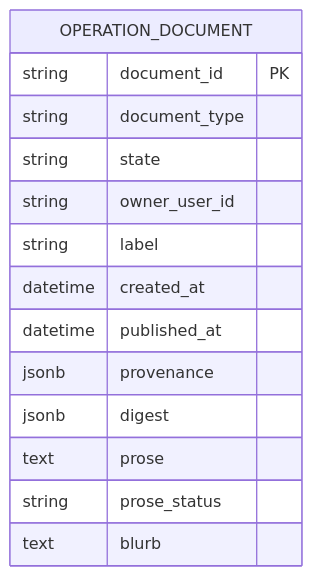
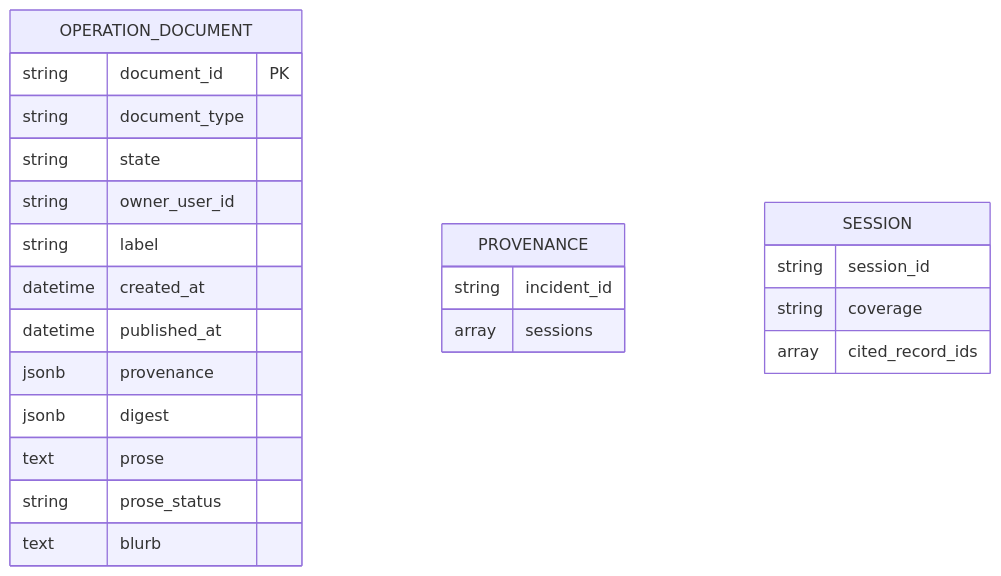
One commit to metasync/luban-aiops changed the ninth of 10 diagrams in .qoder/repowiki/en/content/Architecture Documentation/SPEC-039_ Operations Document Repository Specification.md. Above: the diagram before and after it, drawn with Mermaid. The commit also changed other lines of this file and 72 other files, not shown here.

````diff
--- a/.qoder/repowiki/en/content/Architecture Documentation/SPEC-039_ Operations Document Repository Specification.md
+++ b/.qoder/repowiki/en/content/Architecture Documentation/SPEC-039_ Operations Document Repository Specification.md
@@ -310,17 +424,26 @@
 ```mermaid
 erDiagram
 OPERATION_DOCUMENT {
 string document_id PK
 string document_type
 string state
 string owner_user_id
 string label
 datetime created_at
 datetime published_at
 jsonb provenance
 jsonb digest
 text prose
 string prose_status
 text blurb
 }
+PROVENANCE {
+string incident_id
+array sessions
+}
+SESSION {
+string session_id
+string coverage
+array cited_record_ids
+}
 ```
````
